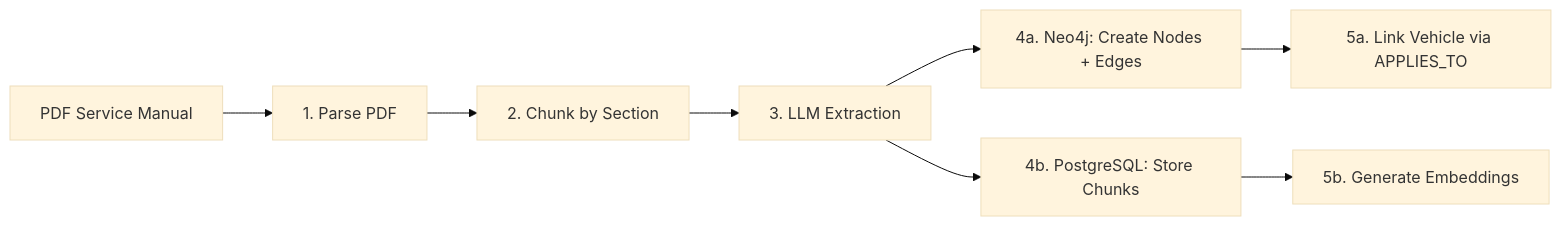
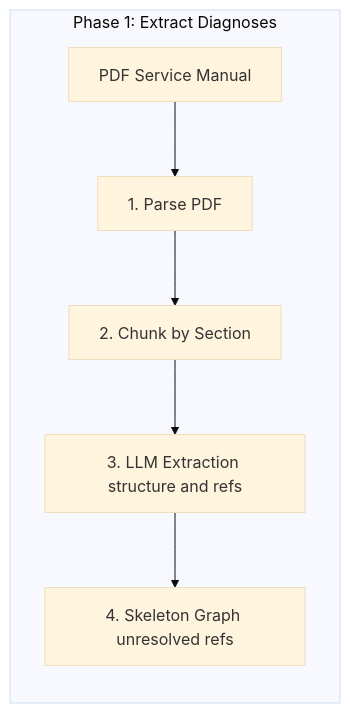
Before and after one commit to vjeeva/connected-diagnostics: the ninth of 16 diagrams in .cursor/plans/diagnostic_knowledge_system_c18065b2.plan.md, drawn with Mermaid (base theme). The commit also changed other lines of this file, not shown here.

````diff
--- a/.cursor/plans/diagnostic_knowledge_system_c18065b2.plan.md
+++ b/.cursor/plans/diagnostic_knowledge_system_c18065b2.plan.md
@@ -656,15 +660,12 @@
 ```mermaid
 flowchart LR
-    PDF["PDF Service Manual"]
-    Parse["1. Parse PDF"]
-    Chunk["2. Chunk by Section"]
-    Extract["3. LLM Extraction"]
-    Neo["4a. Neo4j: Create Nodes + Edges"]
-    PG["4b. PostgreSQL: Store Chunks"]
-    Link["5a. Link Vehicle via APPLIES_TO"]
-    Embed["5b. Generate Embeddings"]
+    subgraph phase1 ["Phase 1: Extract Diagnoses"]
+        PDF["PDF Service Manual"]
+        Parse["1. Parse PDF"]
+        Chunk["2. Chunk by Section"]
+        Extract["3. LLM Extraction structure and refs"]
+        Skeleton["4. Skeleton Graph unresolved refs"]
+    end
 
-    PDF --> Parse --> Chunk --> Extract
-    Extract --> Neo --> Link
-    Extract --> PG --> Embed
+    PDF --> Parse --> Chunk --> Extract --> Skeleton
 ```
````
